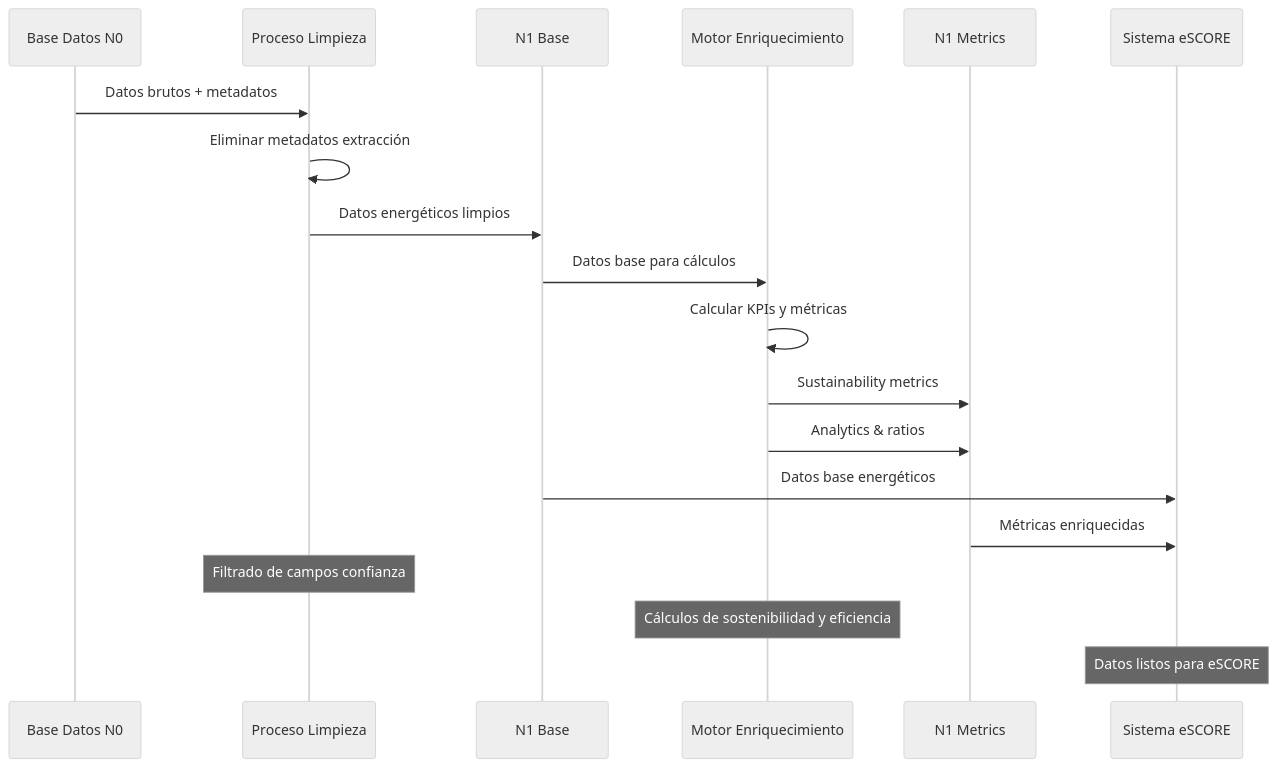
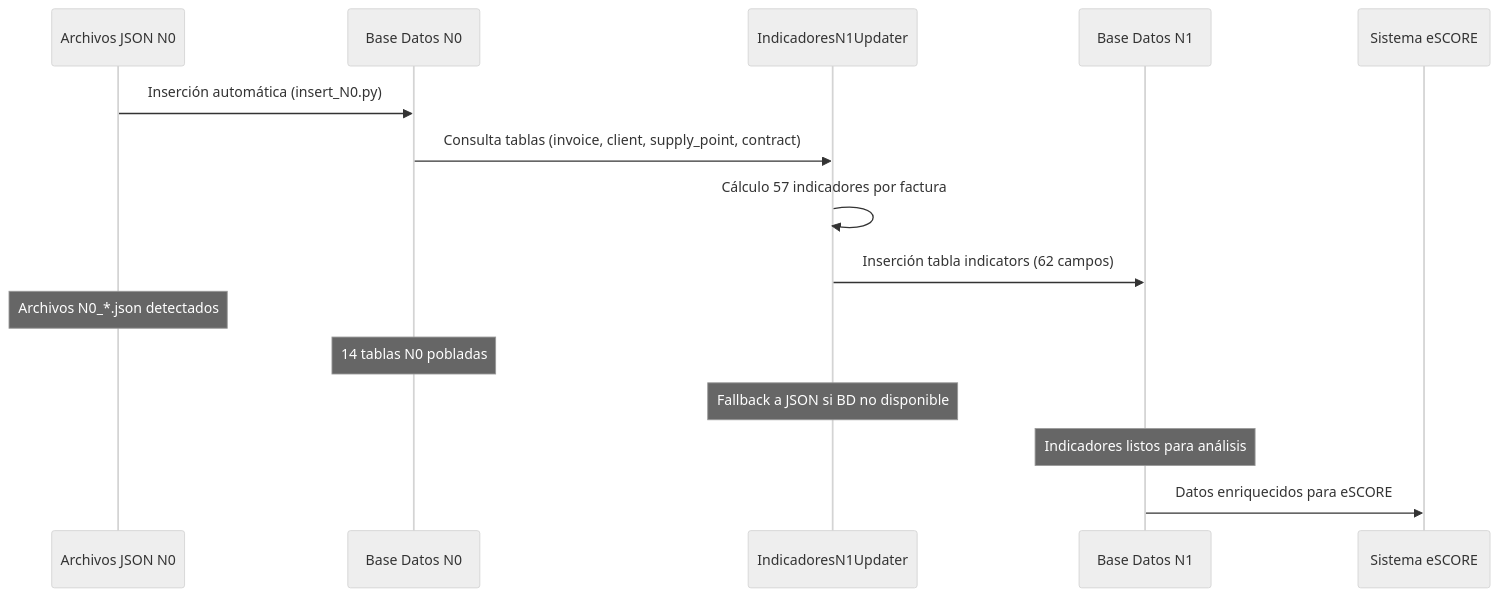
The fourth of 5 diagrams in pipeline/N1/README_N1.md (EGD2024/db-watioverse), drawn with Mermaid (neutral theme) before and after one commit. The commit also changed other lines of this file and 31 other files, not shown here.

````diff
--- a/pipeline/N1/README_N1.md
+++ b/pipeline/N1/README_N1.md
@@ -185,25 +214,20 @@
 ```mermaid
 sequenceDiagram
-    participant N0 as Base Datos N0
-    participant P as Proceso Limpieza
-    participant N1B as N1 Base
-    participant E as Motor Enriquecimiento
-    participant N1M as N1 Metrics
+    participant JSON as Archivos JSON N0
+    participant BD0 as Base Datos N0
+    participant IND as IndicadoresN1Updater
+    participant BD1 as Base Datos N1
     participant S as Sistema eSCORE
     
-    N0->>P: Datos brutos + metadatos
-    P->>P: Eliminar metadatos extracción
-    P->>N1B: Datos energéticos limpios
+    JSON->>BD0: Inserción automática (insert_N0.py)
+    BD0->>IND: Consulta tablas (invoice, client, supply_point, contract)
+    IND->>IND: Cálculo 57 indicadores por factura
+    IND->>BD1: Inserción tabla indicators (62 campos)
     
-    N1B->>E: Datos base para cálculos
-    E->>E: Calcular KPIs y métricas
-    E->>N1M: Sustainability metrics
-    E->>N1M: Analytics & ratios
+    Note over JSON: Archivos N0_*.json detectados
+    Note over BD0: 14 tablas N0 pobladas
+    Note over IND: Fallback a JSON si BD no disponible
+    Note over BD1: Indicadores listos para análisis
     
-    N1B->>S: Datos base energéticos
-    N1M->>S: Métricas enriquecidas
-    
-    Note over P: Filtrado de campos confianza
-    Note over E: Cálculos de sostenibilidad y eficiencia
-    Note over S: Datos listos para eSCORE
+    BD1->>S: Datos enriquecidos para eSCORE
 ```
````
